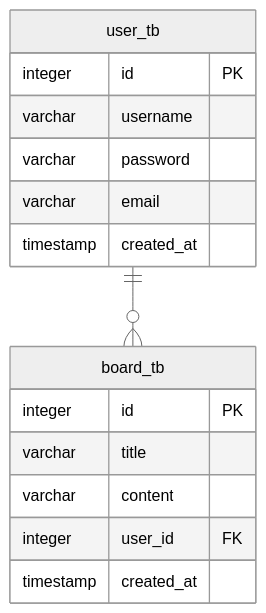
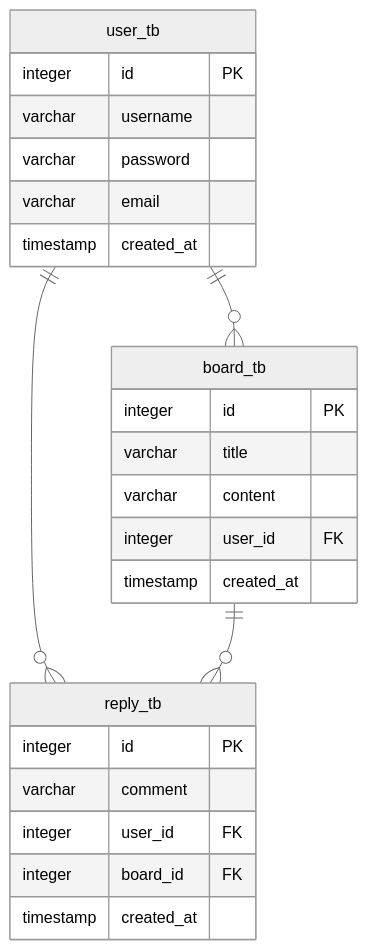
The diagram in .projectcode/wiki/erd.md (insertvalue2/rest_api_spring_boot_v1), drawn with Mermaid (neutral theme) before and after one commit. The commit also changed other lines of this file and 5 other files, not shown here.

````diff
--- a/.projectcode/wiki/erd.md
+++ b/.projectcode/wiki/erd.md
@@ -5,18 +5,27 @@
 ```mermaid
 erDiagram
   user_tb ||--o{ board_tb : ""
+  user_tb ||--o{ reply_tb : ""
+  board_tb ||--o{ reply_tb : ""
   user_tb {
     integer id PK
     varchar username
     varchar password
     varchar email
     timestamp created_at
   }
   board_tb {
     integer id PK
     varchar title
     varchar content
     integer user_id FK
     timestamp created_at
   }
+  reply_tb {
+    integer id PK
+    varchar comment
+    integer user_id FK
+    integer board_id FK
+    timestamp created_at
+  }
 ```
````
